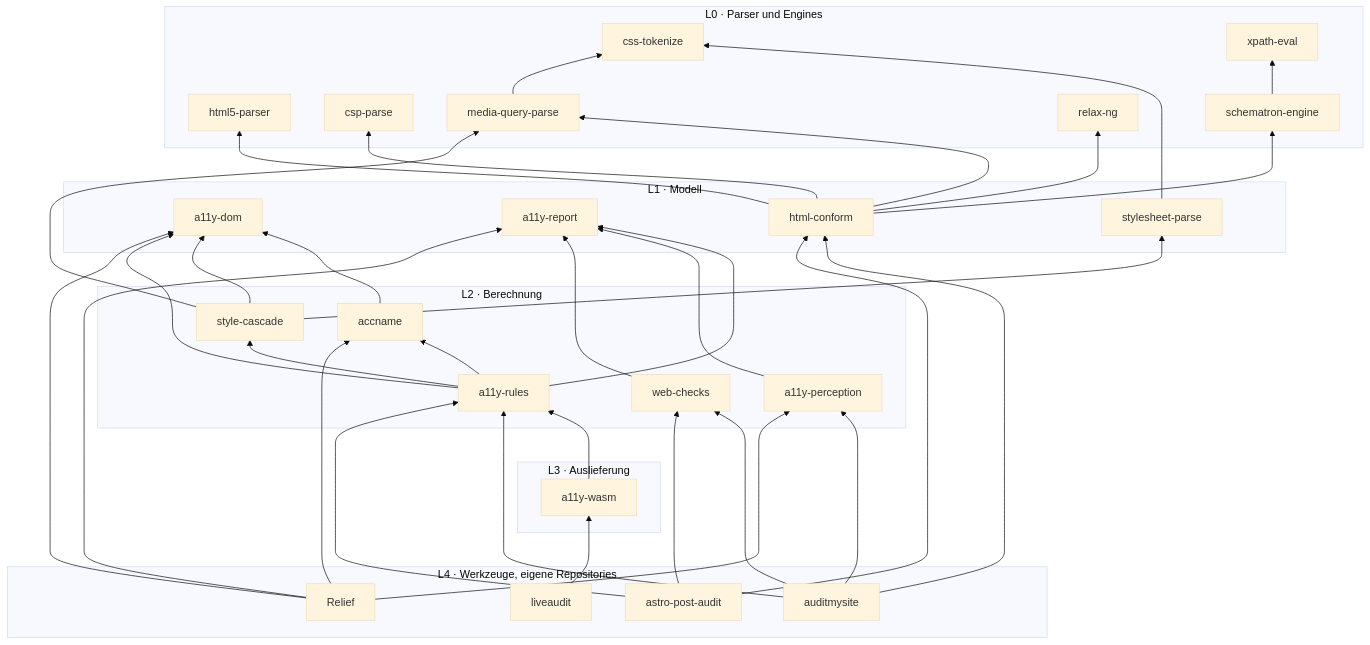
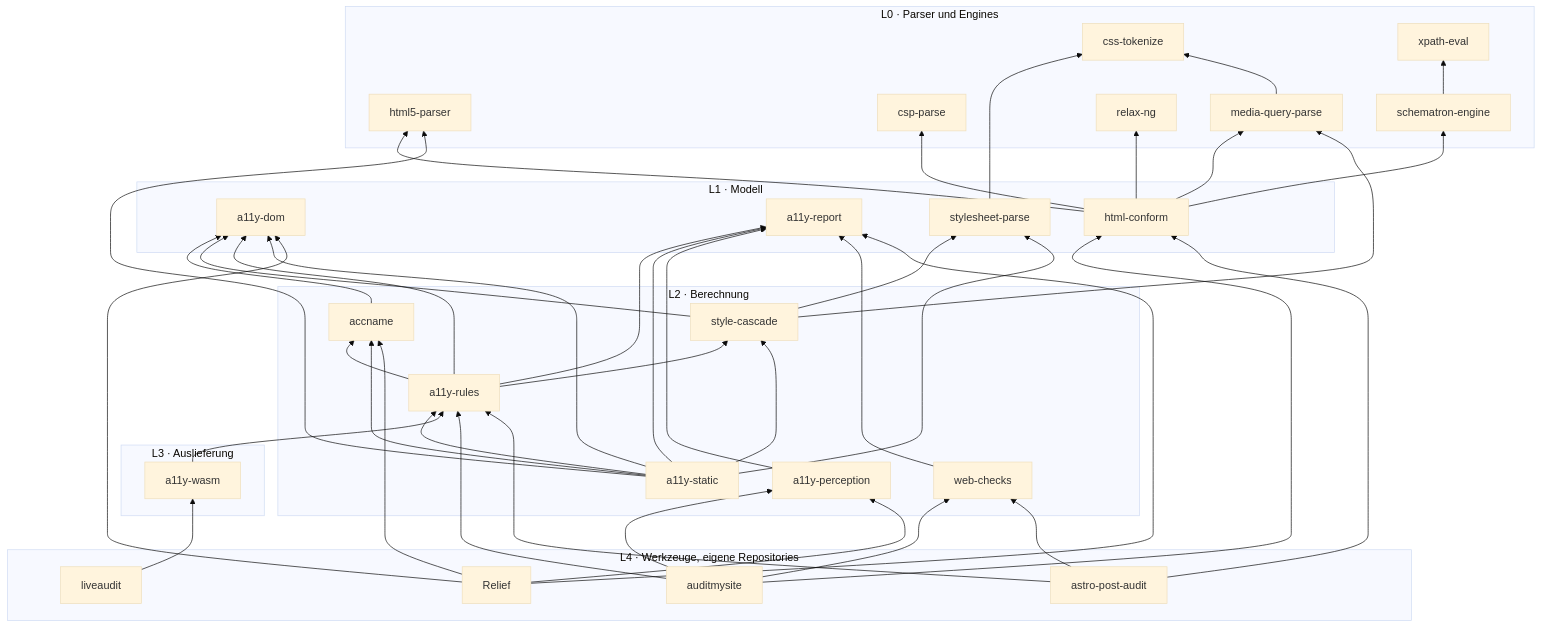
Before and after one commit to casoon/barrierlab: the diagram in docs/architecture.md, drawn with Mermaid (base theme). The commit also changed other lines of this file and 13 other files, not shown here.

````diff
--- a/docs/architecture.md
+++ b/docs/architecture.md
@@ -16,49 +16,51 @@
 ```mermaid
 flowchart BT
   subgraph L0["L0 · Parser und Engines"]
     h5[html5-parser]
     csp[csp-parse]
     tok[css-tokenize]
     mq[media-query-parse]
     xp[xpath-eval]
     rng[relax-ng]
     sch[schematron-engine]
   end
   subgraph L1["L1 · Modell"]
     dom[a11y-dom]
     rep[a11y-report]
     hc[html-conform]
     cssp[stylesheet-parse]
   end
   subgraph L2["L2 · Berechnung"]
     acc[accname]
     cas[style-cascade]
     rules[a11y-rules]
+    stat[a11y-static]
     perc[a11y-perception]
     wc[web-checks]
   end
   subgraph L3["L3 · Auslieferung"]
     wasm[a11y-wasm]
   end
   subgraph L4["L4 · Werkzeuge, eigene Repositories"]
     ams[auditmysite]
     apa[astro-post-audit]
     la[liveaudit]
     rl[Relief]
   end
 
   sch --> xp
   hc --> h5 & csp & mq & rng & sch
   cssp --> tok
   mq --> tok
   acc --> dom
   cas --> dom & cssp & mq
   rules --> dom & rep & acc & cas
+  stat --> h5 & dom & rep & rules & acc & cas & cssp
   perc --> rep
   wc --> rep
   wasm --> rules
   ams --> rules & hc & perc & wc
   apa --> rules & hc & wc
   la --> wasm
   rl --> perc & acc & dom & rep
 ```
````
